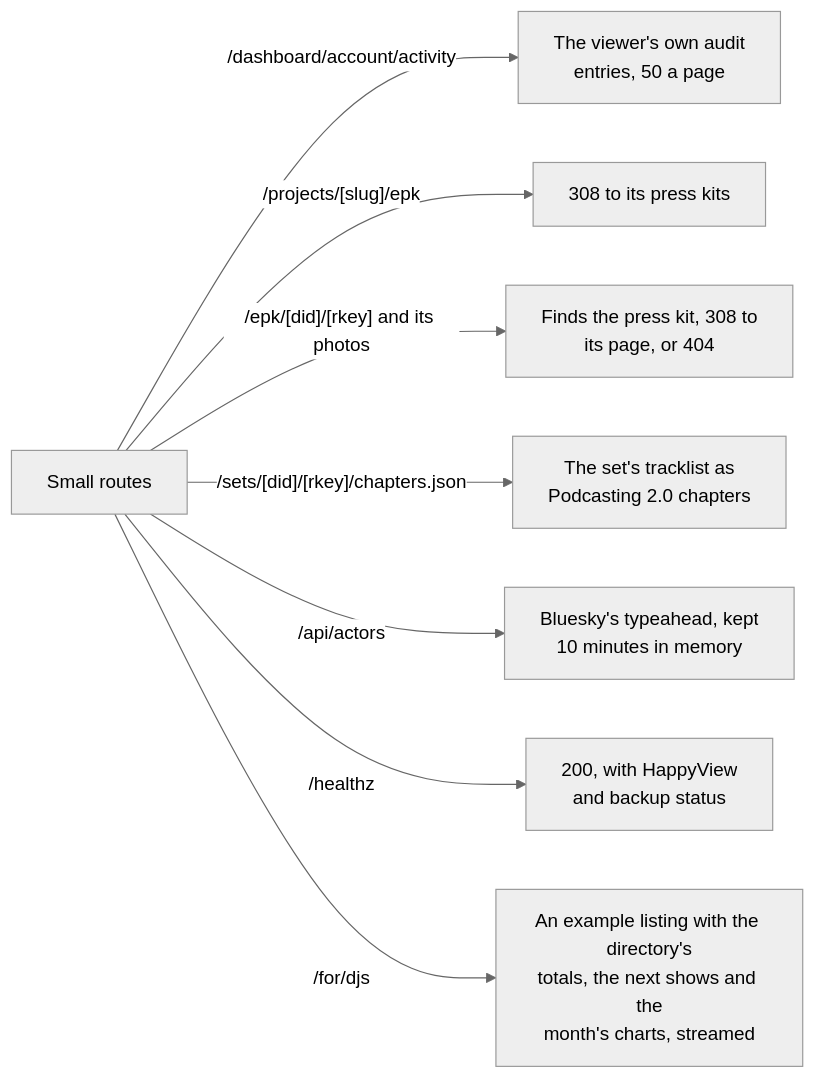
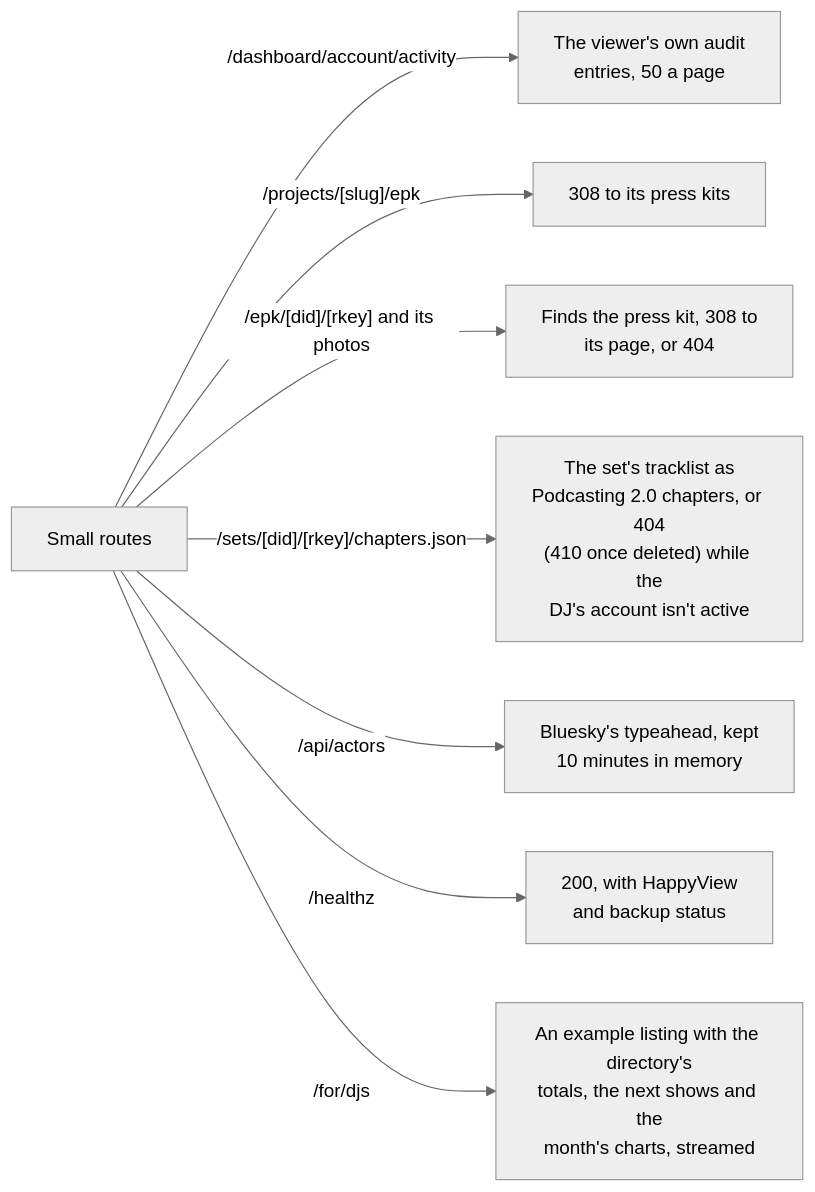
Before and after one commit to cutenode/localnetwork: diagram 11 of 11 in apps/web/docs/diagrams/requests-and-routes.md, drawn with Mermaid (neutral theme). The commit also changed other lines of this file and 6 other files, not shown here.

First line of the commit message:
docs(web): show the Vary rule and inactive accounts in the diagrams

````diff
--- a/apps/web/docs/diagrams/requests-and-routes.md
+++ b/apps/web/docs/diagrams/requests-and-routes.md
@@ -253,11 +253,11 @@
 ```mermaid
 flowchart LR
   Small["Small routes"]
   Small -- "/dashboard/account/activity" --> A["The viewer's own audit<br/>entries, 50 a page"]
   Small -- "/projects/[slug]/epk" --> B["308 to its press kits"]
   Small -- "/epk/[did]/[rkey] and its photos" --> C["Finds the press kit, 308 to<br/>its page, or 404"]
-  Small -- "/sets/[did]/[rkey]/chapters.json" --> D["The set's tracklist as<br/>Podcasting 2.0 chapters"]
+  Small -- "/sets/[did]/[rkey]/chapters.json" --> D["The set's tracklist as<br/>Podcasting 2.0 chapters, or 404<br/>(410 once deleted) while the<br/>DJ's account isn't active"]
   Small -- "/api/actors" --> E["Bluesky's typeahead, kept<br/>10 minutes in memory"]
   Small -- "/healthz" --> F["200, with HappyView<br/>and backup status"]
   Small -- "/for/djs" --> G["An example listing with the directory's<br/>totals, the next shows and the<br/>month's charts, streamed"]
 ```
````
